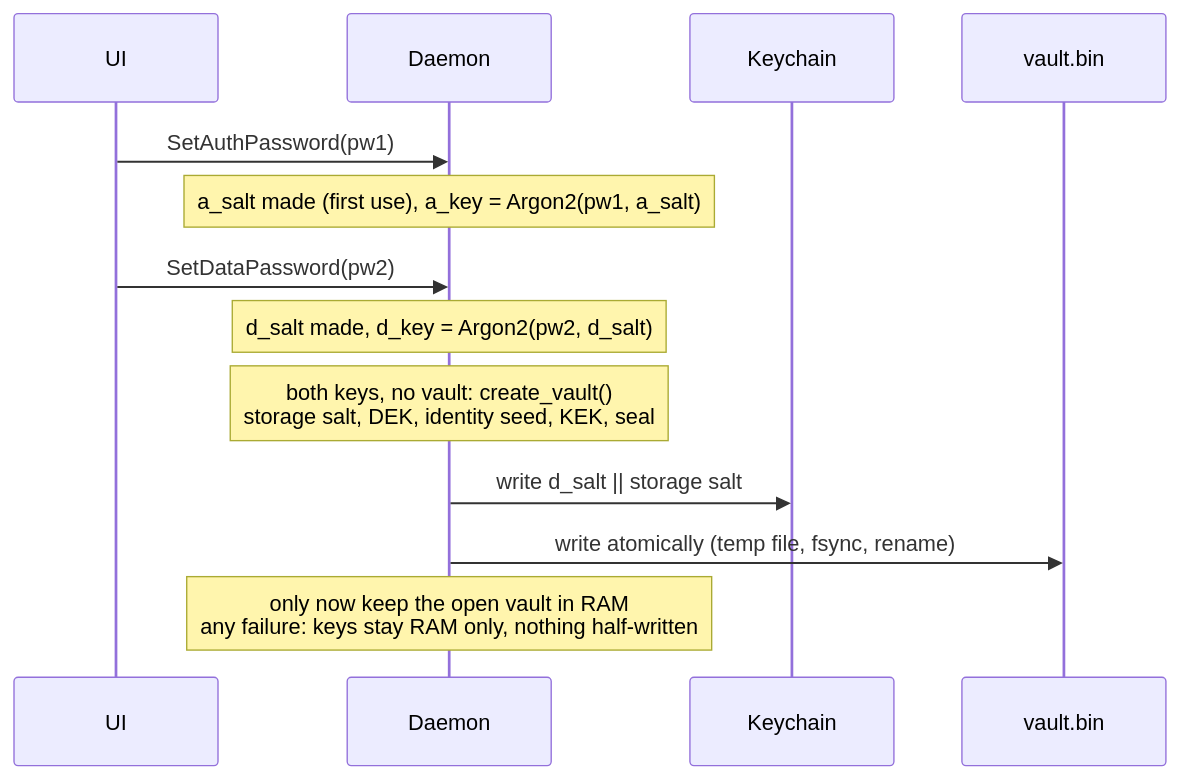
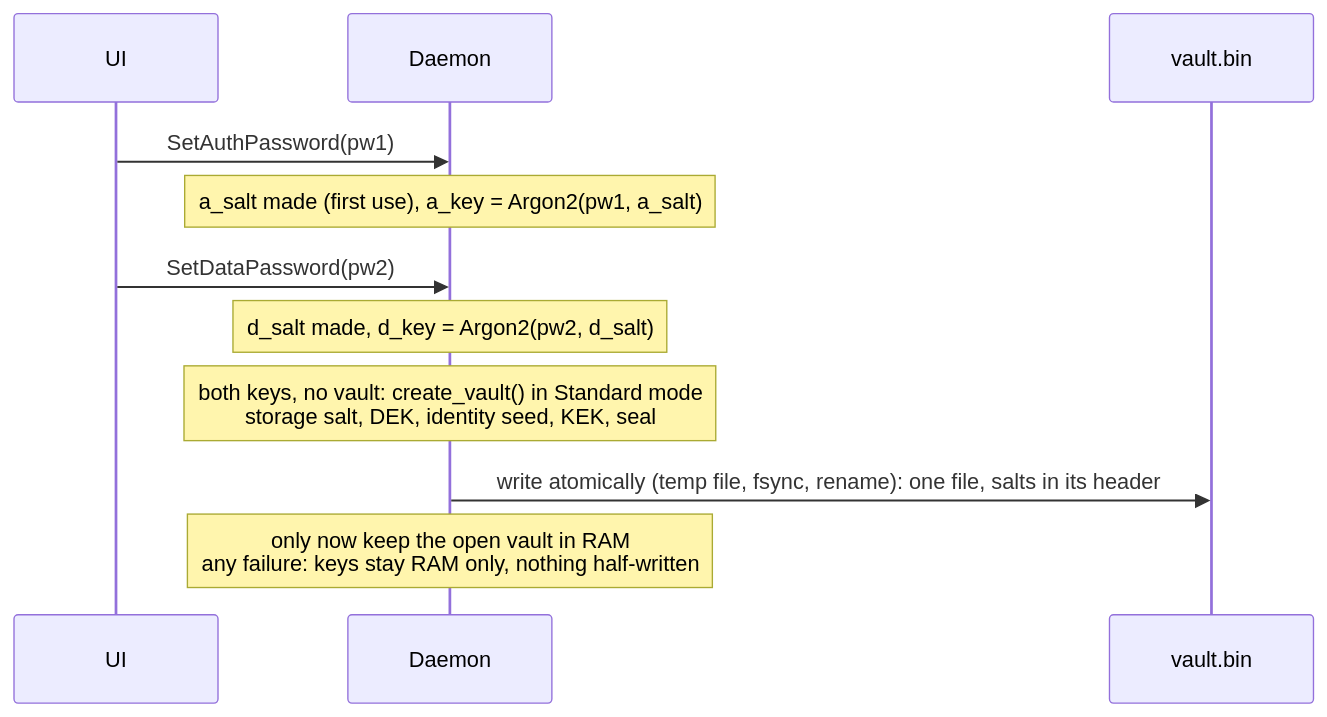
The third of 5 diagrams in docs/diagrams/keys-and-storage.md (czarekkdev/cesaconn), drawn with Mermaid before and after one commit. The commit also changed other lines of this file and 6 other files, not shown here.

First line of the commit message:
docs(daemon, diagrams, readme): own vault salts and Enhanced security

````diff
--- a/docs/diagrams/keys-and-storage.md
+++ b/docs/diagrams/keys-and-storage.md
@@ -47,15 +56,13 @@
 ```mermaid
 sequenceDiagram
     participant UI
     participant D as Daemon
-    participant KC as Keychain
     participant F as vault.bin
     UI->>D: SetAuthPassword(pw1)
     Note over D: a_salt made (first use), a_key = Argon2(pw1, a_salt)
     UI->>D: SetDataPassword(pw2)
     Note over D: d_salt made, d_key = Argon2(pw2, d_salt)
-    Note over D: both keys, no vault: create_vault()<br/>storage salt, DEK, identity seed, KEK, seal
-    D->>KC: write d_salt || storage salt
-    D->>F: write atomically (temp file, fsync, rename)
+    Note over D: both keys, no vault: create_vault() in Standard mode<br/>storage salt, DEK, identity seed, KEK, seal
+    D->>F: write atomically (temp file, fsync, rename): one file, salts in its header
     Note over D: only now keep the open vault in RAM<br/>any failure: keys stay RAM only, nothing half-written
 ```
````
